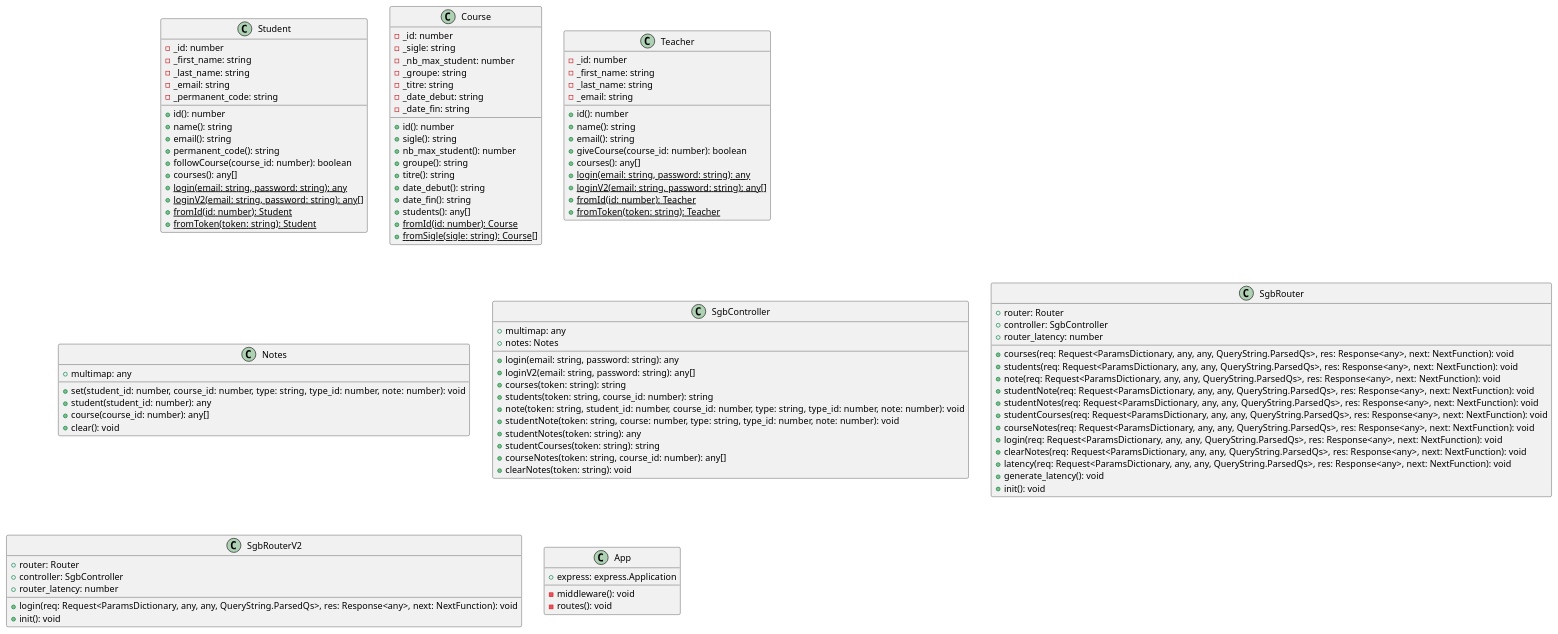
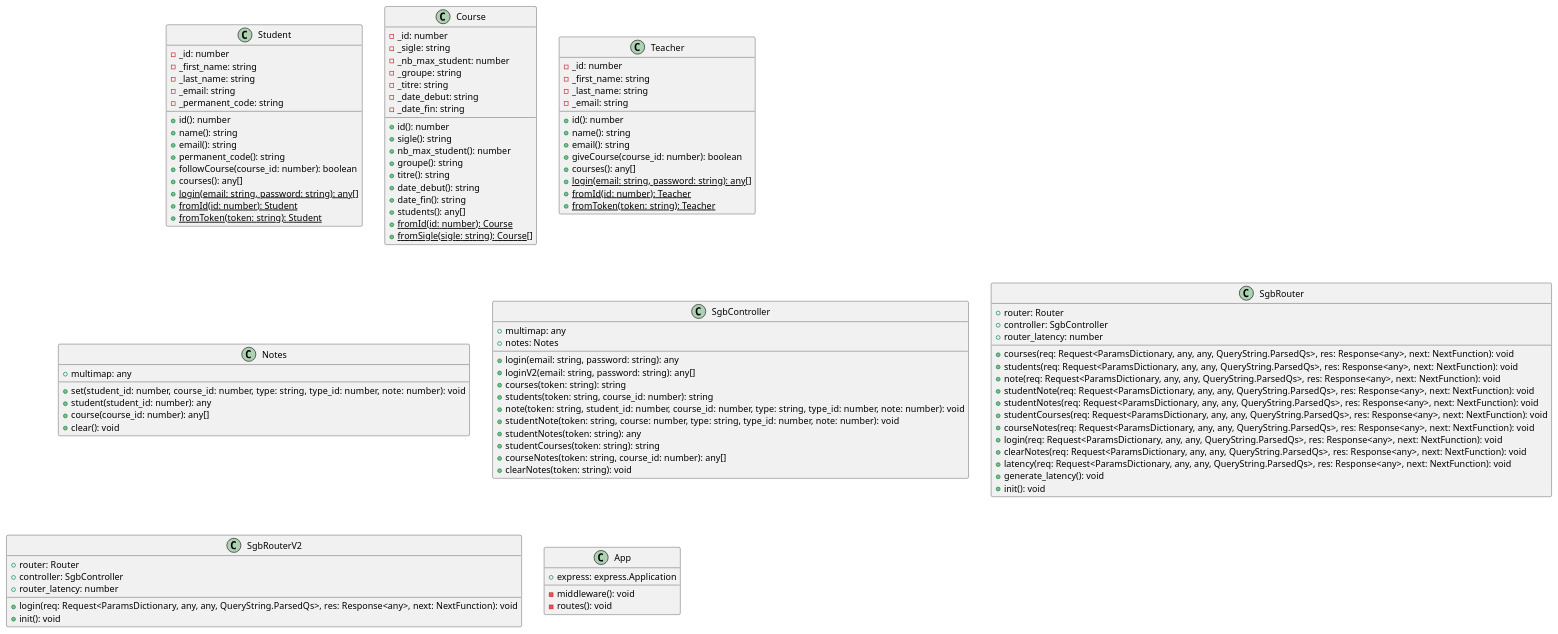
Before and after one commit to yvanross/log210-systeme-gestion-bordereau-node-express-ts: the diagram in class.puml, drawn with PlantUML. The commit also changed 148 other files, not shown here.

```diff
--- a/class.puml
+++ b/class.puml
@@ -1,103 +1,101 @@
 @startuml
 class Student {
     -_id: number
     -_first_name: string
     -_last_name: string
     -_email: string
     -_permanent_code: string
     +id(): number
     +name(): string
     +email(): string
     +permanent_code(): string
     +followCourse(course_id: number): boolean
     +courses(): any[]
-    +{static} login(email: string, password: string): any
-    +{static} loginV2(email: string, password: string): any[]
+    +{static} login(email: string, password: string): any[]
     +{static} fromId(id: number): Student
     +{static} fromToken(token: string): Student
 }
 class Course {
     -_id: number
     -_sigle: string
     -_nb_max_student: number
     -_groupe: string
     -_titre: string
     -_date_debut: string
     -_date_fin: string
     +id(): number
     +sigle(): string
     +nb_max_student(): number
     +groupe(): string
     +titre(): string
     +date_debut(): string
     +date_fin(): string
     +students(): any[]
     +{static} fromId(id: number): Course
     +{static} fromSigle(sigle: string): Course[]
 }
 class Teacher {
     -_id: number
     -_first_name: string
     -_last_name: string
     -_email: string
     +id(): number
     +name(): string
     +email(): string
     +giveCourse(course_id: number): boolean
     +courses(): any[]
-    +{static} login(email: string, password: string): any
-    +{static} loginV2(email: string, password: string): any[]
+    +{static} login(email: string, password: string): any[]
     +{static} fromId(id: number): Teacher
     +{static} fromToken(token: string): Teacher
 }
 class Notes {
     +multimap: any
     +set(student_id: number, course_id: number, type: string, type_id: number, note: number): void
     +student(student_id: number): any
     +course(course_id: number): any[]
     +clear(): void
 }
 class SgbController {
     +multimap: any
     +notes: Notes
     +login(email: string, password: string): any
     +loginV2(email: string, password: string): any[]
     +courses(token: string): string
     +students(token: string, course_id: number): string
     +note(token: string, student_id: number, course_id: number, type: string, type_id: number, note: number): void
     +studentNote(token: string, course: number, type: string, type_id: number, note: number): void
     +studentNotes(token: string): any
     +studentCourses(token: string): string
     +courseNotes(token: string, course_id: number): any[]
     +clearNotes(token: string): void
 }
 class SgbRouter {
     +router: Router
     +controller: SgbController
     +router_latency: number
     +courses(req: Request<ParamsDictionary, any, any, QueryString.ParsedQs>, res: Response<any>, next: NextFunction): void
     +students(req: Request<ParamsDictionary, any, any, QueryString.ParsedQs>, res: Response<any>, next: NextFunction): void
     +note(req: Request<ParamsDictionary, any, any, QueryString.ParsedQs>, res: Response<any>, next: NextFunction): void
     +studentNote(req: Request<ParamsDictionary, any, any, QueryString.ParsedQs>, res: Response<any>, next: NextFunction): void
     +studentNotes(req: Request<ParamsDictionary, any, any, QueryString.ParsedQs>, res: Response<any>, next: NextFunction): void
     +studentCourses(req: Request<ParamsDictionary, any, any, QueryString.ParsedQs>, res: Response<any>, next: NextFunction): void
     +courseNotes(req: Request<ParamsDictionary, any, any, QueryString.ParsedQs>, res: Response<any>, next: NextFunction): void
     +login(req: Request<ParamsDictionary, any, any, QueryString.ParsedQs>, res: Response<any>, next: NextFunction): void
     +clearNotes(req: Request<ParamsDictionary, any, any, QueryString.ParsedQs>, res: Response<any>, next: NextFunction): void
     +latency(req: Request<ParamsDictionary, any, any, QueryString.ParsedQs>, res: Response<any>, next: NextFunction): void
     +generate_latency(): void
     +init(): void
 }
 class SgbRouterV2 {
     +router: Router
     +controller: SgbController
     +router_latency: number
     +login(req: Request<ParamsDictionary, any, any, QueryString.ParsedQs>, res: Response<any>, next: NextFunction): void
     +init(): void
 }
 class App {
     +express: express.Application
     -middleware(): void
     -routes(): void
 }
 @enduml
```
